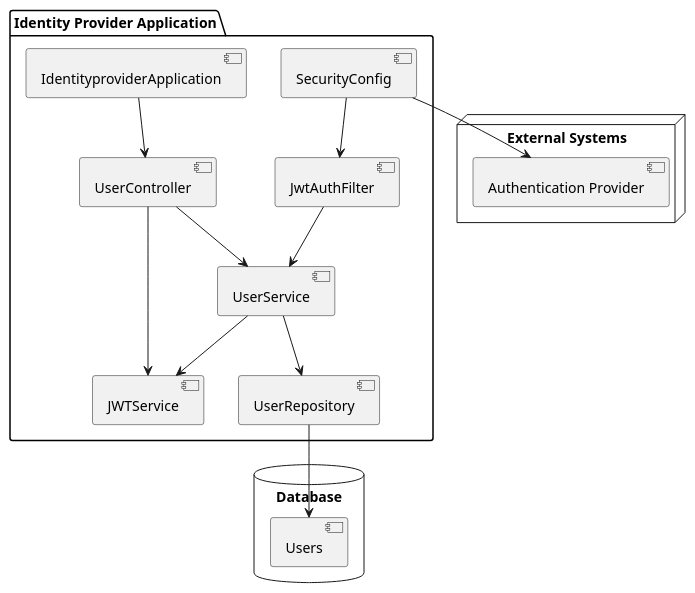
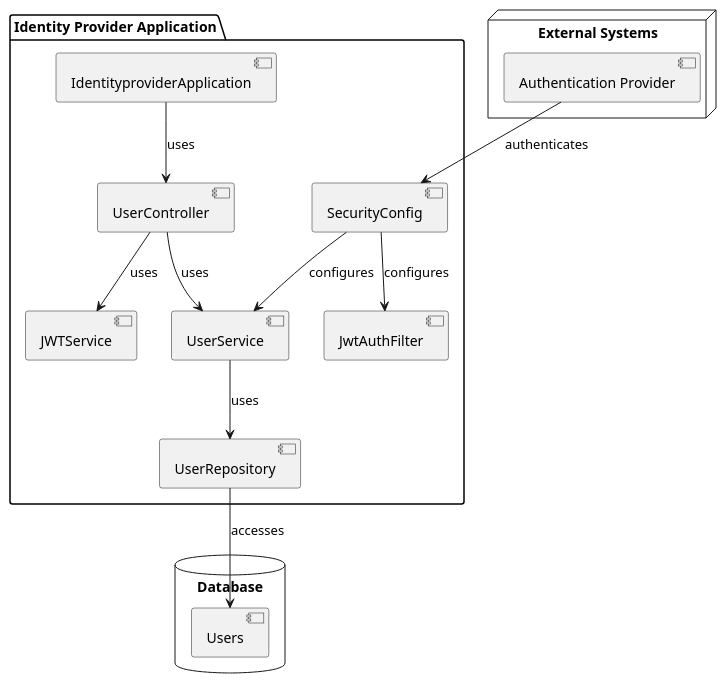
One commit to Dinesh-s95/AutoDoc.ai changed the diagram in identityprovider/documentation/architecturedesign.adoc. Above: the diagram before and after it, drawn with PlantUML. The commit also changed other lines of this file and 2 other files, not shown here.

```diff
--- a/identityprovider/documentation/architecturedesign.adoc
+++ b/identityprovider/documentation/architecturedesign.adoc
@@ -19,34 +12,31 @@
-[plantuml, "System_Architecture_Diagram", png]
+[plantuml, "system-architecture", png]
 ....
 @startuml
 package "Identity Provider Application" {
   [IdentityproviderApplication] as App
-  [UserController] as Controller
-  [UserService] as Service
-  [UserRepository] as Repository
+  [UserController] as UC
+  [UserService] as US
   [JWTService] as JWT
-  [SecurityConfig] as Security
-  [JwtAuthFilter] as Filter
+  [UserRepository] as UR
+  [SecurityConfig] as SC
+  [JwtAuthFilter] as JAF
 }
 
 database "Database" {
   [Users]
 }
 
 node "External Systems" {
   [Authentication Provider]
 }
 
-App --> Controller
-Controller --> Service
-Service --> Repository
-Repository --> Users
-Controller --> JWT
-Security --> Filter
-Filter --> Service
-Service --> JWT
-
-Security --> [Authentication Provider]
-
+App --> UC : uses
+UC --> US : uses
+US --> UR : uses
+UC --> JWT : uses
+SC --> JAF : configures
+SC --> US : configures
+UR --> [Users] : accesses
+[Authentication Provider] --> SC : authenticates
 @enduml
 ....
```
